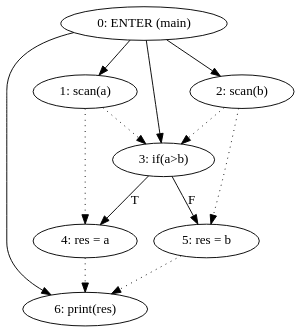
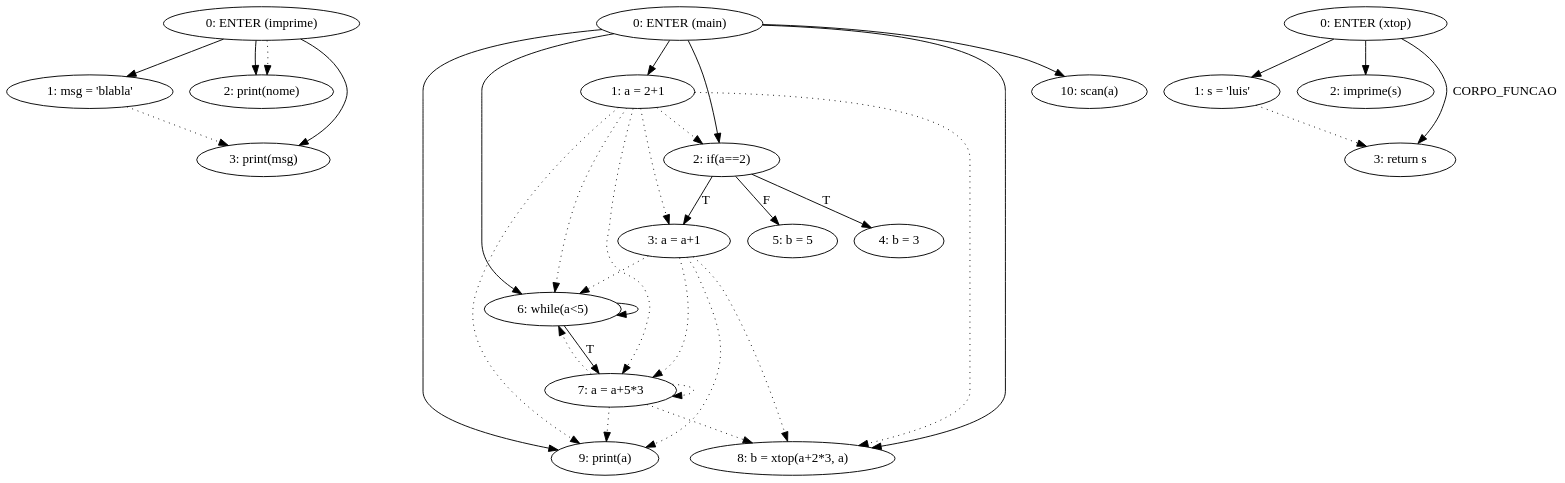
One commit to MiguelCosta/ATS changed the diagram in Final/Cmb/WebSite/Gramatica/output/pdg.gv. Above: the diagram before and after it, drawn with Graphviz. The commit also changed 162 other files, not shown here.

```diff
--- a/Final/Cmb/WebSite/Gramatica/output/pdg.gv
+++ b/Final/Cmb/WebSite/Gramatica/output/pdg.gv
@@ -1,26 +1,68 @@
 digraph mainmapPDG {
 graph [bgcolor=transparent];
-"0:ENTER (main)"[label="0: ENTER (main)"];
-"1:scan(a)"[label="1: scan(a)"];
-"2:scan(b)"[label="2: scan(b)"];
-"3:if(a>b)"[label="3: if(a>b)"];
-"4:res = a"[label="4: res = a"];
-"5:res = b"[label="5: res = b"];
-"6:print(res)"[label="6: print(res)"];
+"0:ENTER (imprime)"[label="0: ENTER (imprime)"];
+"1:msg = 'blabla'"[label="1: msg = 'blabla'"];
+"2:print(nome)"[label="2: print(nome)"];
+"3:print(msg)"[label="3: print(msg)"];
 
 
-"0:ENTER (main)" -> "1:scan(a)";
-	"0:ENTER (main)" -> "2:scan(b)";
-	"0:ENTER (main)" -> "3:if(a>b)";
-	"0:ENTER (main)" -> "6:print(res)";
-	"3:if(a>b)" -> "4:res = a"[label="T"];
-	"3:if(a>b)" -> "5:res = b"[label="F"];
+"0:ENTER (imprime)" -> "1:msg = 'blabla'";
+	"0:ENTER (imprime)" -> "2:print(nome)";
+	"0:ENTER (imprime)" -> "3:print(msg)";
 	
 
-"1:scan(a)" -> "3:if(a>b)" [style=dotted];
-	"1:scan(a)" -> "4:res = a" [style=dotted];
-	"2:scan(b)" -> "3:if(a>b)" [style=dotted];
-	"2:scan(b)" -> "5:res = b" [style=dotted];
-	"4:res = a" -> "6:print(res)" [style=dotted];
-	"5:res = b" -> "6:print(res)" [style=dotted];
+"0:ENTER (imprime)" -> "2:print(nome)" [style=dotted];
+	"1:msg = 'blabla'" -> "3:print(msg)" [style=dotted];
+	"0:ENTER (main)"[label="0: ENTER (main)"];
+"1:a = 2+1"[label="1: a = 2+1"];
+"2:if(a==2)"[label="2: if(a==2)"];
+"3:a = a+1"[label="3: a = a+1"];
+"4:b = 3"[label="4: b = 3"];
+"5:b = 5"[label="5: b = 5"];
+"6:while(a<5)"[label="6: while(a<5)"];
+"7:a = a+5*3"[label="7: a = a+5*3"];
+"8:b = xtop(a+2*3, a)"[label="8: b = xtop(a+2*3, a)"];
+"9:print(a)"[label="9: print(a)"];
+"10:scan(a)"[label="10: scan(a)"];
+
+
+"0:ENTER (main)" -> "1:a = 2+1";
+	"0:ENTER (main)" -> "2:if(a==2)";
+	"0:ENTER (main)" -> "6:while(a<5)";
+	"0:ENTER (main)" -> "8:b = xtop(a+2*3, a)";
+	"0:ENTER (main)" -> "9:print(a)";
+	"0:ENTER (main)" -> "10:scan(a)";
+	"2:if(a==2)" -> "3:a = a+1"[label="T"];
+	"2:if(a==2)" -> "4:b = 3"[label="T"];
+	"2:if(a==2)" -> "5:b = 5"[label="F"];
+	"6:while(a<5)" -> "6:while(a<5)";
+	"6:while(a<5)" -> "7:a = a+5*3"[label="T"];
+	
+
+"1:a = 2+1" -> "2:if(a==2)" [style=dotted];
+	"1:a = 2+1" -> "3:a = a+1" [style=dotted];
+	"1:a = 2+1" -> "6:while(a<5)" [style=dotted];
+	"1:a = 2+1" -> "7:a = a+5*3" [style=dotted];
+	"1:a = 2+1" -> "8:b = xtop(a+2*3, a)" [style=dotted];
+	"1:a = 2+1" -> "9:print(a)" [style=dotted];
+	"3:a = a+1" -> "6:while(a<5)" [style=dotted];
+	"3:a = a+1" -> "7:a = a+5*3" [style=dotted];
+	"3:a = a+1" -> "8:b = xtop(a+2*3, a)" [style=dotted];
+	"3:a = a+1" -> "9:print(a)" [style=dotted];
+	"7:a = a+5*3" -> "6:while(a<5)" [style=dotted];
+	"7:a = a+5*3" -> "7:a = a+5*3" [style=dotted];
+	"7:a = a+5*3" -> "8:b = xtop(a+2*3, a)" [style=dotted];
+	"7:a = a+5*3" -> "9:print(a)" [style=dotted];
+	"0:ENTER (xtop)"[label="0: ENTER (xtop)"];
+"1:s = 'luis'"[label="1: s = 'luis'"];
+"2:imprime(s)"[label="2: imprime(s)"];
+"3:return s"[label="3: return s"];
+
+
+"0:ENTER (xtop)" -> "1:s = 'luis'";
+	"0:ENTER (xtop)" -> "2:imprime(s)";
+	"0:ENTER (xtop)" -> "3:return s"[label="CORPO_FUNCAO"];
+	
+
+"1:s = 'luis'" -> "3:return s" [style=dotted];
 	}
```
